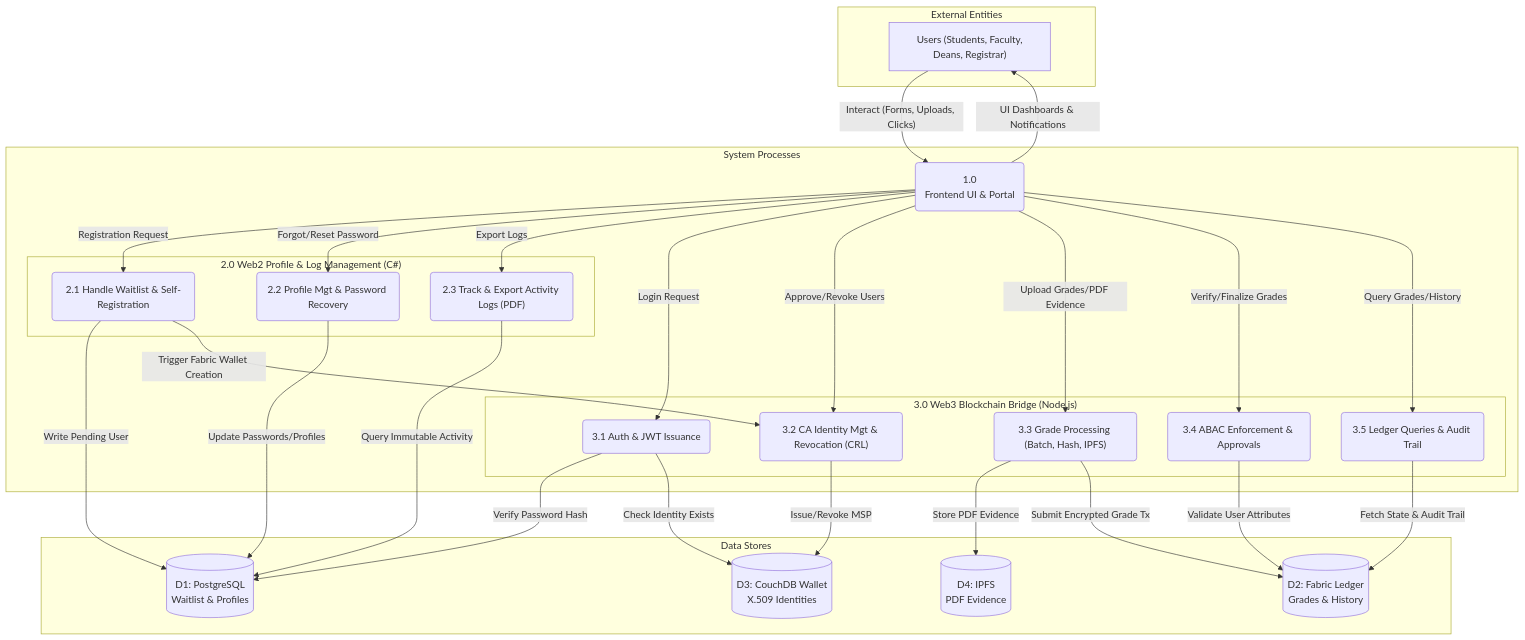
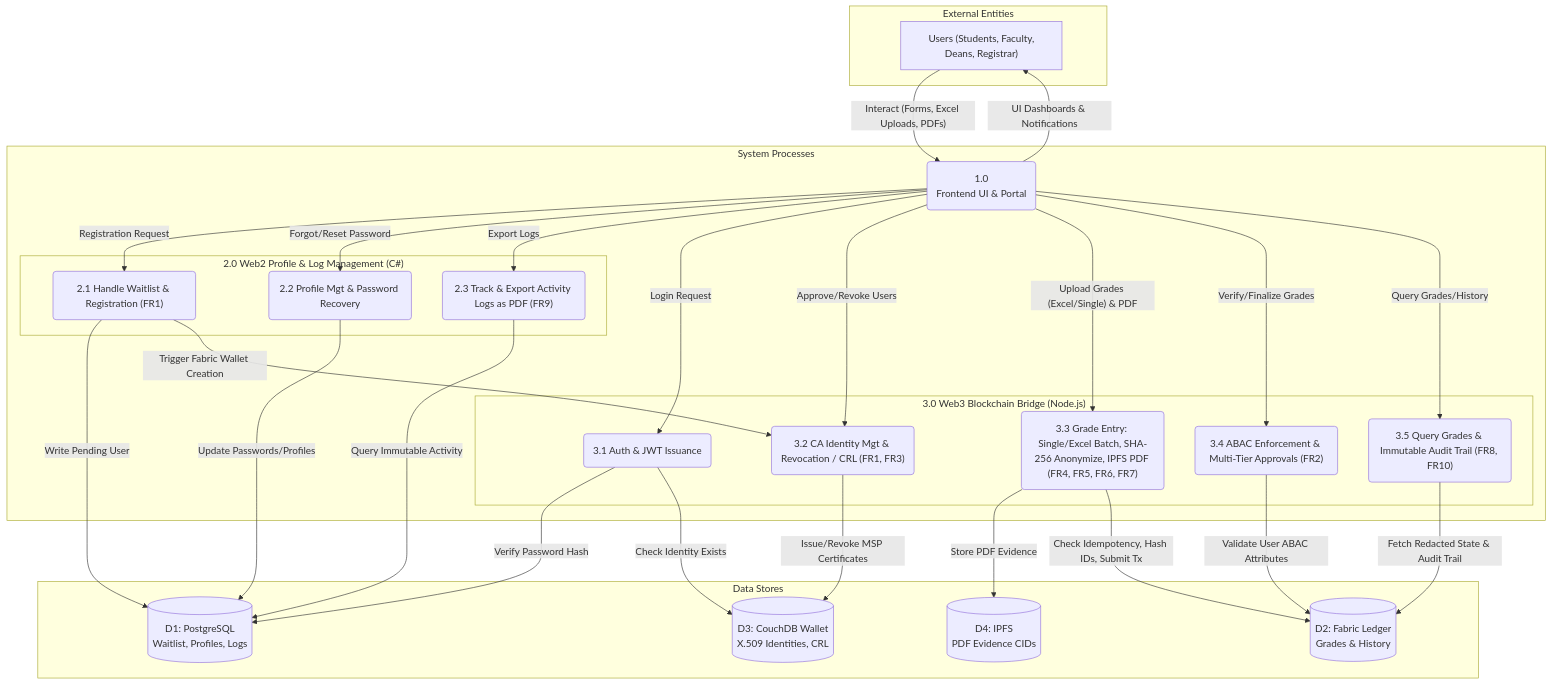
One commit to Pat-asc/Capstone-Project-BlockChain-BlockGo changed the third of 6 diagrams in Guide.md. Above: the diagram before and after it, drawn with Mermaid. The commit also changed other lines of this file, not shown here.

Commit message:
anotherone2 Guide.md

````diff
--- a/Guide.md
+++ b/Guide.md
@@ -123,58 +123,58 @@
 ```mermaid
 graph TD
     subgraph "External Entities"
         U["<fa:fa-users> Users (Students, Faculty, Deans, Registrar)"]
     end
  
     subgraph "System Processes"
         P1("1.0<br>Frontend UI & Portal")
  
         subgraph "2.0 Web2 Profile & Log Management (C#)"
-            P2_1("2.1 Handle Waitlist & Self-Registration")
+            P2_1("2.1 Handle Waitlist & Registration (FR1)")
             P2_2("2.2 Profile Mgt & Password Recovery")
-            P2_3("2.3 Track & Export Activity Logs (PDF)")
+            P2_3("2.3 Track & Export Activity Logs as PDF (FR9)")
         end
  
         subgraph "3.0 Web3 Blockchain Bridge (Node.js)"
             P3_1("3.1 Auth & JWT Issuance")
-            P3_2("3.2 CA Identity Mgt & Revocation (CRL)")
-            P3_3("3.3 Grade Processing (Batch, Hash, IPFS)")
-            P3_4("3.4 ABAC Enforcement & Approvals")
-            P3_5("3.5 Ledger Queries & Audit Trail")
+            P3_2("3.2 CA Identity Mgt & Revocation / CRL (FR1, FR3)")
+            P3_3("3.3 Grade Entry: Single/Excel Batch, SHA-256 Anonymize, IPFS PDF (FR4, FR5, FR6, FR7)")
+            P3_4("3.4 ABAC Enforcement & Multi-Tier Approvals (FR2)")
+            P3_5("3.5 Query Grades & Immutable Audit Trail (FR8, FR10)")
         end
     end
  
     subgraph "Data Stores"
-        D1[(D1: PostgreSQL<br>Waitlist & Profiles)]
+        D1[(D1: PostgreSQL<br>Waitlist, Profiles, Logs)]
         D2[(D2: Fabric Ledger<br>Grades & History)]
-        D3[(D3: CouchDB Wallet<br>X.509 Identities)]
-        D4[(D4: IPFS<br>PDF Evidence)]
+        D3[(D3: CouchDB Wallet<br>X.509 Identities, CRL)]
+        D4[(D4: IPFS<br>PDF Evidence CIDs)]
     end
  
     %% --- Data Flows ---
-    U -- "Interact (Forms, Uploads, Clicks)" --> P1
+    U -- "Interact (Forms, Excel Uploads, PDFs)" --> P1
     P1 -- "UI Dashboards & Notifications" --> U
 
     P1 -- "Registration Request" --> P2_1
     P1 -- "Forgot/Reset Password" --> P2_2
     P1 -- "Export Logs" --> P2_3
 
     P1 -- "Login Request" --> P3_1
     P1 -- "Approve/Revoke Users" --> P3_2
-    P1 -- "Upload Grades/PDF Evidence" --> P3_3
+    P1 -- "Upload Grades (Excel/Single) & PDF" --> P3_3
     P1 -- "Verify/Finalize Grades" --> P3_4
     P1 -- "Query Grades/History" --> P3_5
 
     P2_1 -- "Write Pending User" --> D1
     P2_2 -- "Update Passwords/Profiles" --> D1
     P2_3 -- "Query Immutable Activity" --> D1
     P2_1 -- "Trigger Fabric Wallet Creation" --> P3_2
 
     P3_1 -- "Verify Password Hash" --> D1
     P3_1 -- "Check Identity Exists" --> D3
-    P3_2 -- "Issue/Revoke MSP" --> D3
+    P3_2 -- "Issue/Revoke MSP Certificates" --> D3
     P3_3 -- "Store PDF Evidence" --> D4
-    P3_3 -- "Submit Encrypted Grade Tx" --> D2
-    P3_4 -- "Validate User Attributes" --> D2
-    P3_5 -- "Fetch State & Audit Trail" --> D2
+    P3_3 -- "Check Idempotency, Hash IDs, Submit Tx" --> D2
+    P3_4 -- "Validate User ABAC Attributes" --> D2
+    P3_5 -- "Fetch Redacted State & Audit Trail" --> D2
 ```
````
